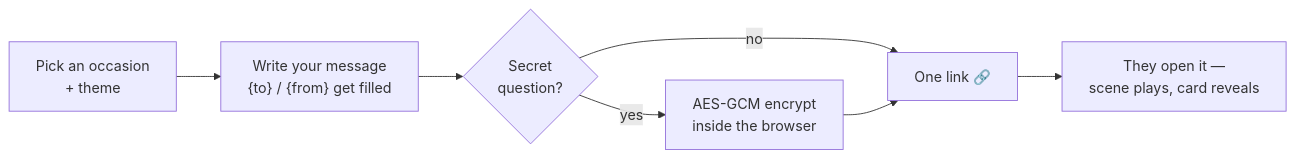
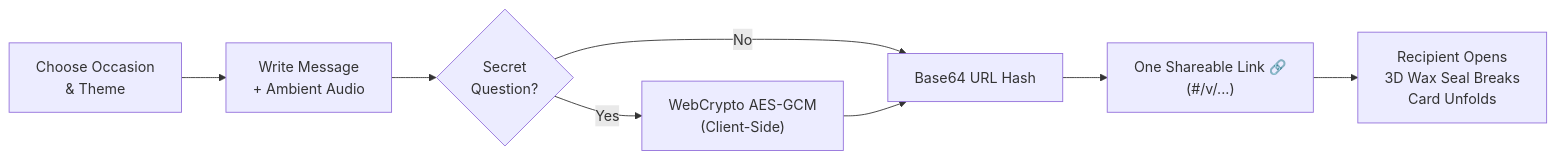
One commit to MadB0i/kabootar changed the diagram in README.md. Above: the diagram before and after it, drawn with Mermaid. The commit also changed other lines of this file, not shown here.

````diff
--- a/README.md
+++ b/README.md
@@ -40,9 +42,10 @@
 ```mermaid
 flowchart LR
-    A["Pick an occasion<br/>+ theme"] --> B["Write your message<br/>{to} / {from} get filled"]
-    B --> C{"Secret<br/>question?"}
-    C -- yes --> D["AES-GCM encrypt<br/>inside the browser"]
-    C -- no --> E
-    D --> E["One link 🔗"]
-    E --> F["They open it —<br/>scene plays, card reveals"]
+    A["Choose Occasion<br/>& Theme"] --> B["Write Message<br/>+ Ambient Audio"]
+    B --> C{"Secret<br/>Question?"}
+    C -- Yes --> D["WebCrypto AES-GCM<br/>(Client-Side)"]
+    C -- No --> E["Base64 URL Hash"]
+    D --> E
+    E --> F["One Shareable Link 🔗<br/>(#/v/...)"]
+    F --> G["Recipient Opens<br/>3D Wax Seal Breaks<br/>Card Unfolds"]
 ```
````
